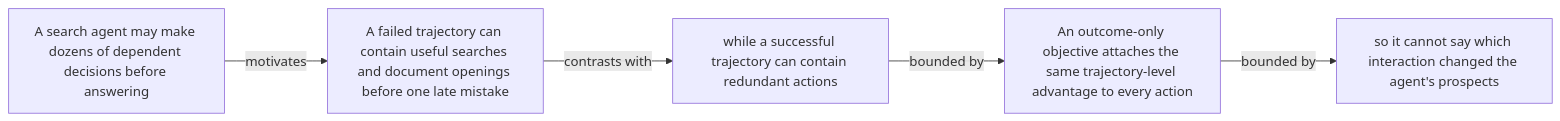
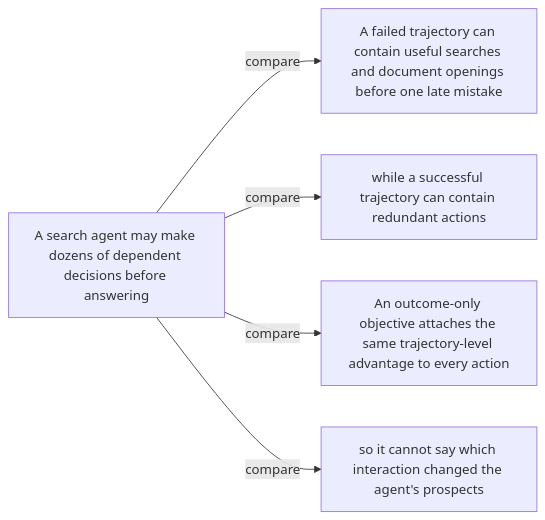
One commit to Betancourt1/paper_atlas changed the first of 48 diagrams in docs/visual-manifests/VISUAL_MANIFEST_TRACE.md. Above: the diagram before and after it, drawn with Mermaid. The commit also changed other lines of this file and 7 other files, not shown here.

````diff
--- a/docs/visual-manifests/VISUAL_MANIFEST_TRACE.md
+++ b/docs/visual-manifests/VISUAL_MANIFEST_TRACE.md
@@ -62,12 +64,12 @@
 ```mermaid
 flowchart LR
   n1["A search agent may make dozens of dependent decisions before answering"]
   n2["A failed trajectory can contain useful searches and document openings before one late mistake"]
   n3["while a successful trajectory can contain redundant actions"]
   n4["An outcome-only objective attaches the same trajectory-level advantage to every action"]
   n5["so it cannot say which interaction changed the agent's prospects"]
-  n1 -->|"motivates"| n2
-  n2 -->|"contrasts with"| n3
-  n3 -->|"bounded by"| n4
-  n4 -->|"bounded by"| n5
+  n1 -->|"compare"| n2
+  n1 -->|"compare"| n3
+  n1 -->|"compare"| n4
+  n1 -->|"compare"| n5
 ```
````
